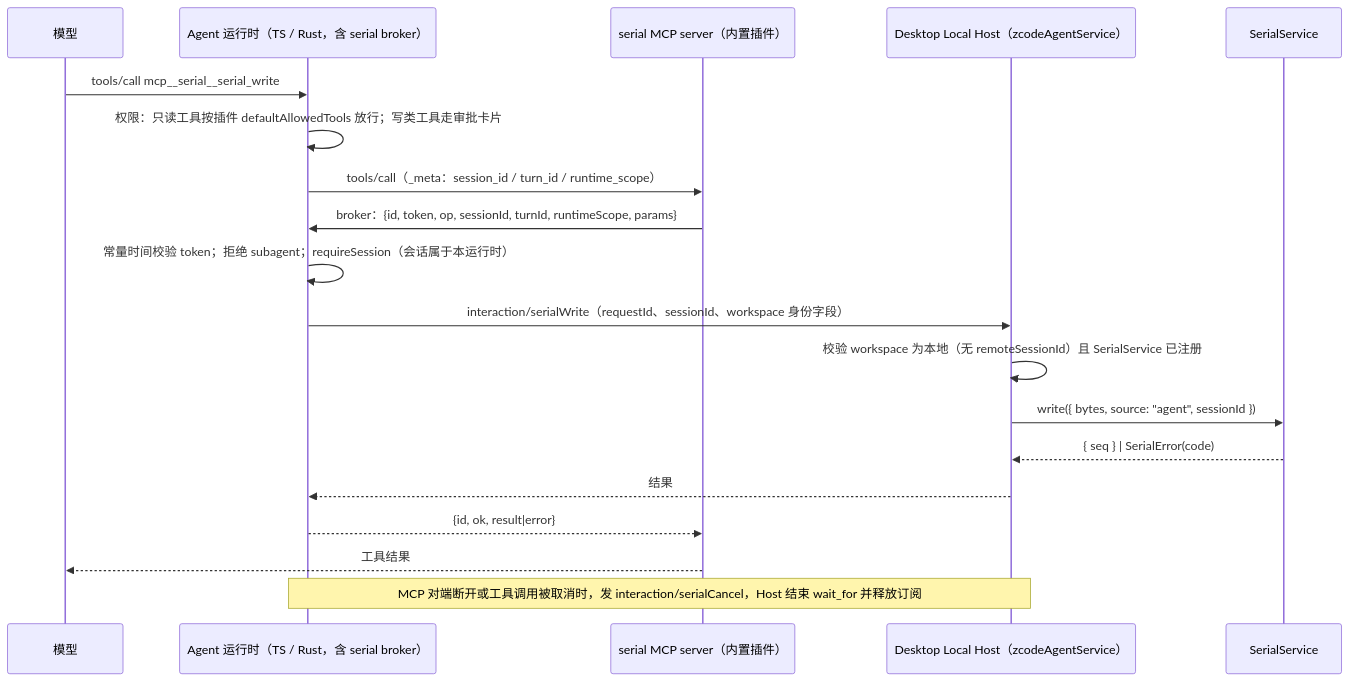
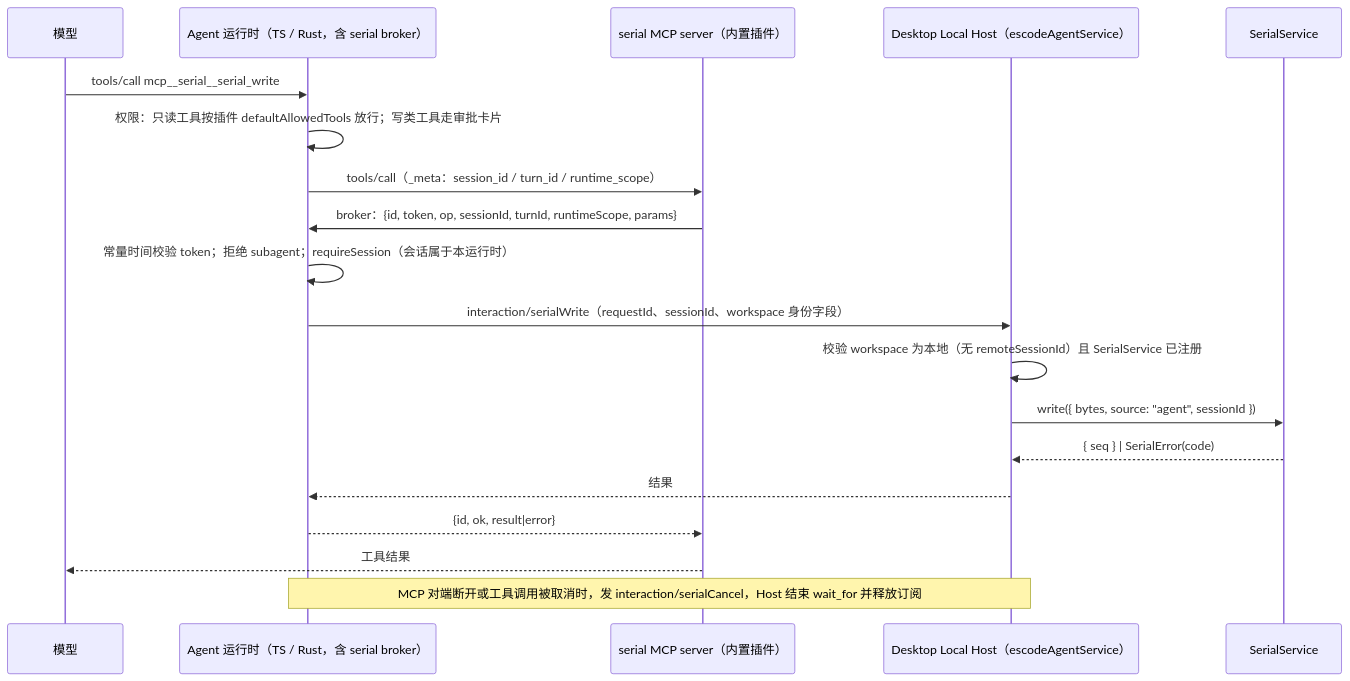
Before and after one commit to sekfung/ESCode: the diagram in docs/specs/serial-agent-tools.md, drawn with Mermaid. The commit also changed other lines of this file and 5993 other files, not shown here.

````diff
--- a/docs/specs/serial-agent-tools.md
+++ b/docs/specs/serial-agent-tools.md
@@ -60,21 +60,21 @@
 ```mermaid
 sequenceDiagram
   participant M as 模型
   participant R as Agent 运行时（TS / Rust，含 serial broker）
   participant P as serial MCP server（内置插件）
-  participant H as Desktop Local Host（zcodeAgentService）
+  participant H as Desktop Local Host（escodeAgentService）
   participant S as SerialService
   M->>R: tools/call mcp__serial__serial_write
   R->>R: 权限：只读工具按插件 defaultAllowedTools 放行；写类工具走审批卡片
   R->>P: tools/call（_meta：session_id / turn_id / runtime_scope）
   P->>R: broker：{id, token, op, sessionId, turnId, runtimeScope, params}
   R->>R: 常量时间校验 token；拒绝 subagent；requireSession（会话属于本运行时）
   R->>H: interaction/serialWrite（requestId、sessionId、workspace 身份字段）
   H->>H: 校验 workspace 为本地（无 remoteSessionId）且 SerialService 已注册
   H->>S: write({ bytes, source: "agent", sessionId })
   S-->>H: { seq } | SerialError(code)
   H-->>R: 结果
   R-->>P: {id, ok, result|error}
   P-->>M: 工具结果
   Note over R,H: MCP 对端断开或工具调用被取消时，发 interaction/serialCancel，Host 结束 wait_for 并释放订阅
 ```
````
